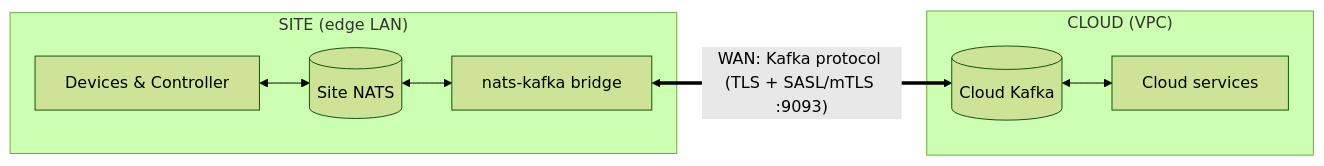
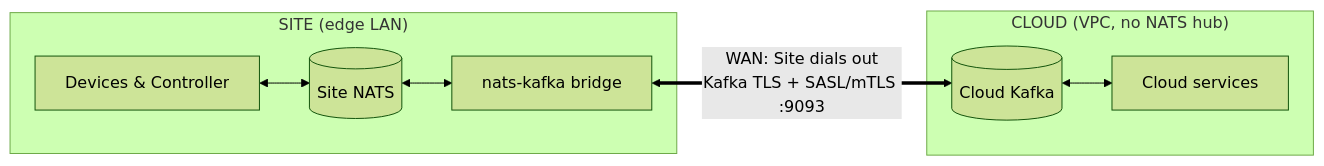
The second of 3 diagrams in README.md (jinternals/nats-demo), drawn with Mermaid (forest theme) before and after one commit. The commit also changed other lines of this file and 10 other files, not shown here.

Commit message:
Add Pattern C (Cloud Bridge -> Site NATS) and unify all Site/WAN/Cloud diagrams

````diff
--- a/README.md
+++ b/README.md
@@ -36,12 +35,10 @@
 ```mermaid
 flowchart LR
   subgraph siteB["SITE (edge LAN)"]
     dB["Devices &amp; Controller"] <--> sB[("Site NATS")] <--> bB["nats-kafka bridge"]
   end
-
-  subgraph cloudB["CLOUD (VPC)"]
+  subgraph cloudB["CLOUD (VPC, no NATS hub)"]
     kB[("Cloud Kafka")] <--> svcB["Cloud services"]
   end
-
-  bB <== "WAN: Kafka protocol (TLS + SASL/mTLS :9093)" ==> kB
+  bB <== "WAN: Site dials out<br/>Kafka TLS + SASL/mTLS :9093" ==> kB
 ```
````
